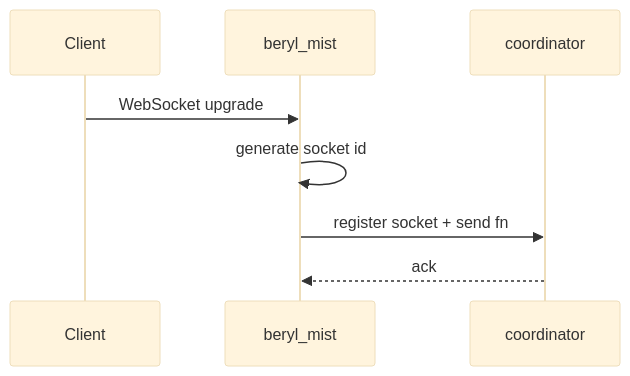
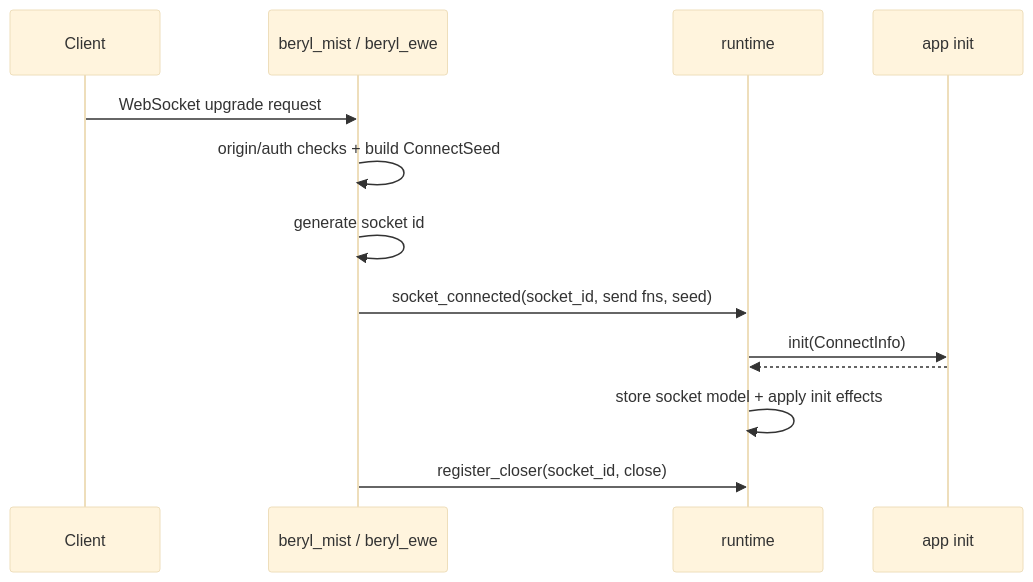
Before and after one commit to tylerbutler/beryl: the first of 5 diagrams in website/src/content/docs/architecture/message-lifecycle.md, drawn with Mermaid (base theme). The commit also changed other lines of this file and 52 other files, not shown here.

````diff
--- a/website/src/content/docs/architecture/message-lifecycle.md
+++ b/website/src/content/docs/architecture/message-lifecycle.md
@@ -11,10 +11,15 @@
 ```mermaid
 sequenceDiagram
   participant Client
-  participant Mist as beryl_mist
-  participant Coord as coordinator
-  Client->>Mist: WebSocket upgrade
-  Mist->>Mist: generate socket id
-  Mist->>Coord: register socket + send fn
-  Coord-->>Mist: ack
+  participant Transport as beryl_mist / beryl_ewe
+  participant Runtime as runtime
+  participant App as app init
+  Client->>Transport: WebSocket upgrade request
+  Transport->>Transport: origin/auth checks + build ConnectSeed
+  Transport->>Transport: generate socket id
+  Transport->>Runtime: socket_connected(socket_id, send fns, seed)
+  Runtime->>App: init(ConnectInfo)
+  App-->>Runtime: #(model, init effects)
+  Runtime->>Runtime: store socket model + apply init effects
+  Transport->>Runtime: register_closer(socket_id, close)
 ```
````
